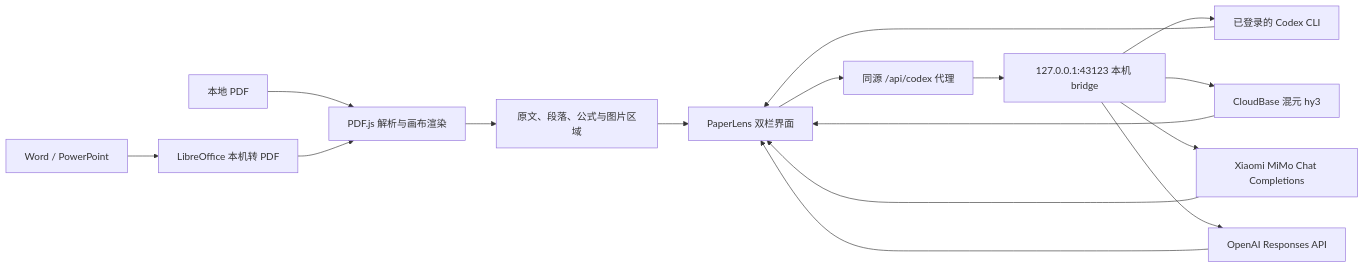
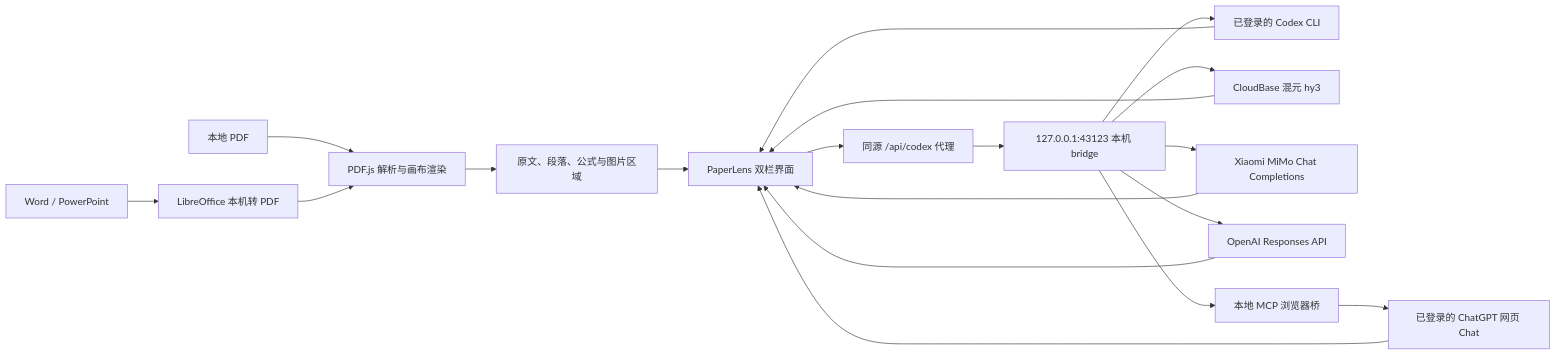
The diagram in README.md (NaCr05/PaperLens), drawn with Mermaid before and after one commit. The commit also changed other lines of this file and 15 other files, not shown here.

Commit message:
feat: add experimental ChatGPT web MCP bridge

````diff
--- a/README.md
+++ b/README.md
@@ -27,18 +27,21 @@
 ```mermaid
 flowchart LR
   PDF["本地 PDF"] --> PDFJS["PDF.js 解析与画布渲染"]
   OFFICE["Word / PowerPoint"] --> CONVERT["LibreOffice 本机转 PDF"]
   CONVERT --> PDFJS
   PDFJS --> Reader["原文、段落、公式与图片区域"]
   Reader --> UI["PaperLens 双栏界面"]
   UI --> Proxy["同源 /api/codex 代理"]
   Proxy --> Bridge["127.0.0.1:43123 本机 bridge"]
   Bridge --> Codex["已登录的 Codex CLI"]
   Bridge --> Hunyuan["CloudBase 混元 hy3"]
   Bridge --> MiMo["Xiaomi MiMo Chat Completions"]
   Bridge --> OpenAI["OpenAI Responses API"]
+  Bridge --> WebMCP["本地 MCP 浏览器桥"]
+  WebMCP --> ChatGPTWeb["已登录的 ChatGPT 网页 Chat"]
   Codex --> UI
   Hunyuan --> UI
   MiMo --> UI
   OpenAI --> UI
+  ChatGPTWeb --> UI
 ```
````
